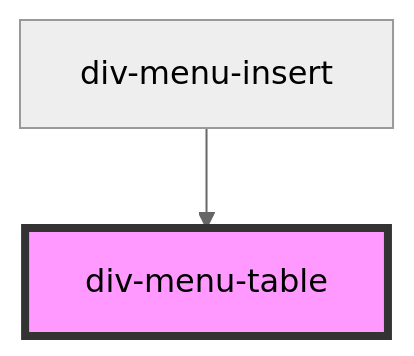
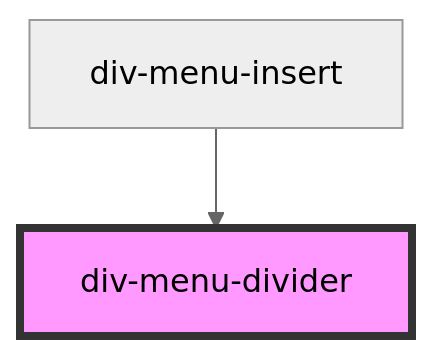
One commit to xlei1123/div-editor changed the diagram in packages/component-library/src/components/menu/divider/readme.md. Above: the diagram before and after it, drawn with Mermaid (neutral theme). The commit also changed 17 other files, not shown here.

````diff
--- a/packages/component-library/src/components/menu/divider/readme.md
+++ b/packages/component-library/src/components/menu/divider/readme.md
@@ -22,5 +22,5 @@
 ```mermaid
 graph TD;
-  div-menu-insert --> div-menu-table
-  style div-menu-table fill:#f9f,stroke:#333,stroke-width:4px
+  div-menu-insert --> div-menu-divider
+  style div-menu-divider fill:#f9f,stroke:#333,stroke-width:4px
 ```
````
